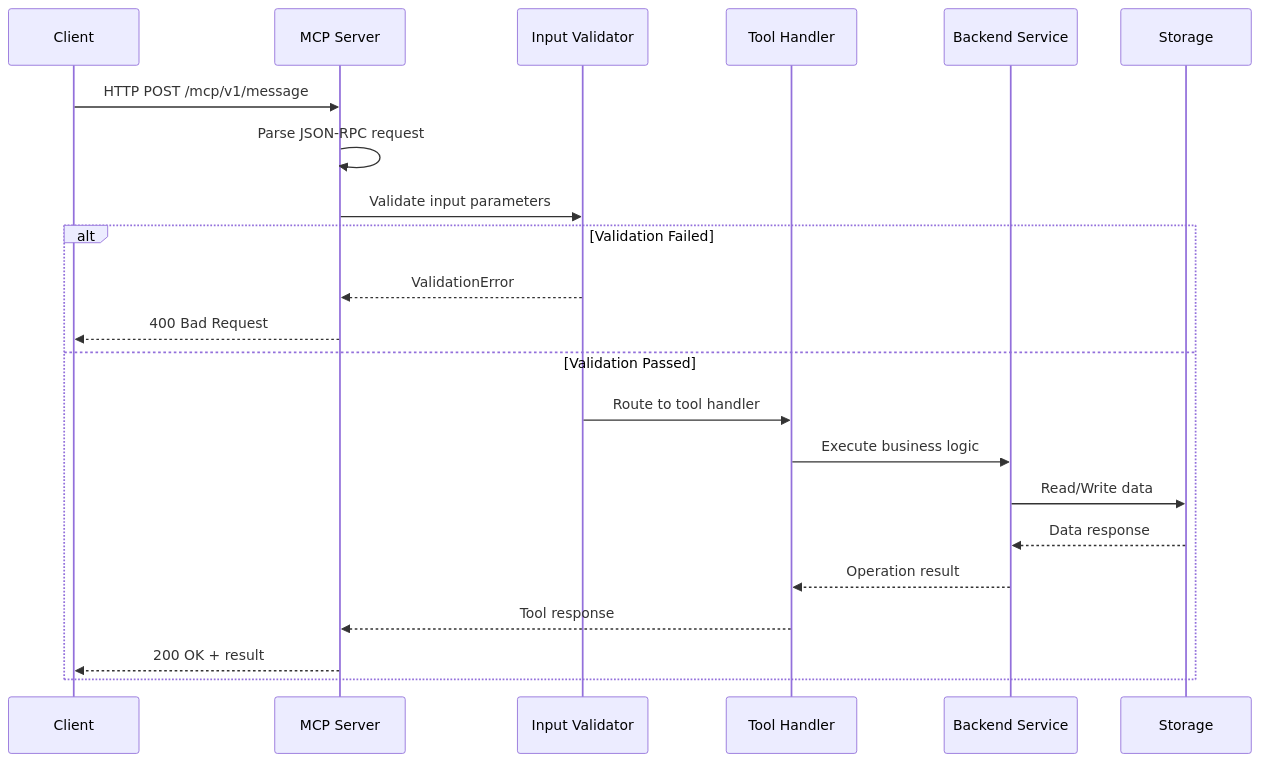
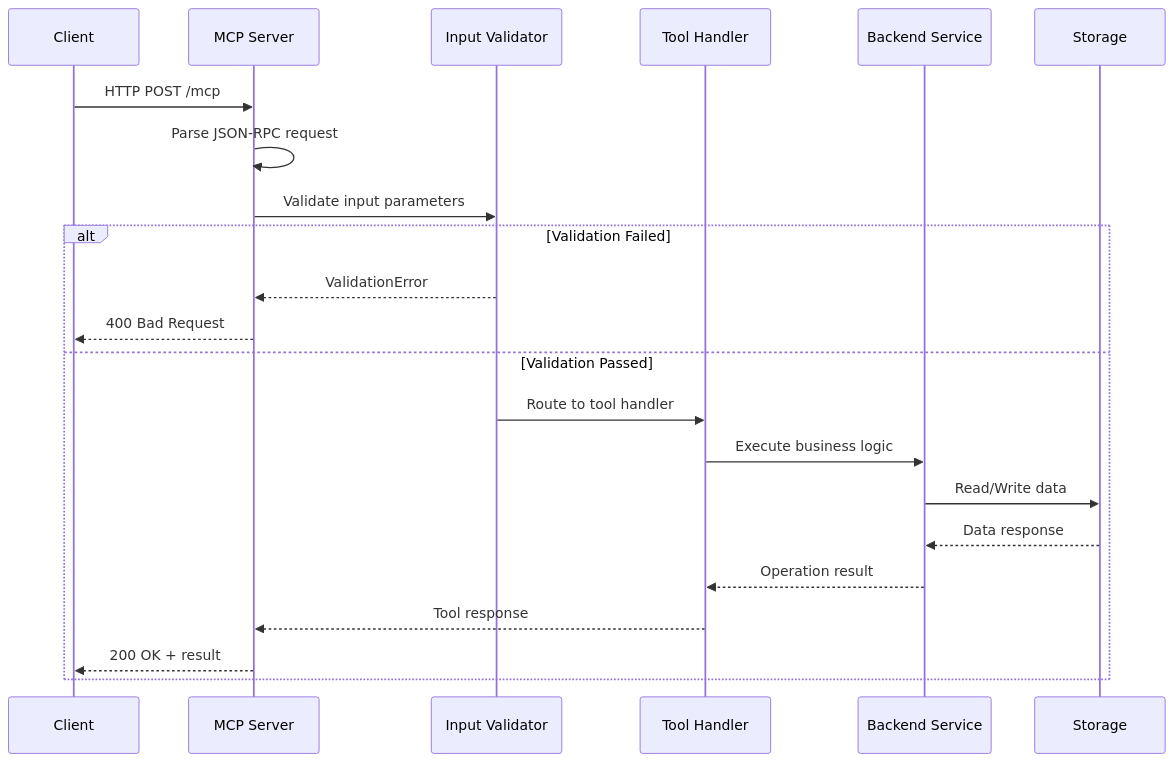
The fourth of 14 diagrams in docs/ARCHITECTURE.md (TheArchitectit/agent-guardrails-template), drawn with Mermaid before and after one commit. The commit also changed 10 other files, not shown here.

First line of the commit message:
feat: migrate MCP transport from SSE to stateless StreamableHTTP

````diff
--- a/docs/ARCHITECTURE.md
+++ b/docs/ARCHITECTURE.md
@@ -192,26 +192,26 @@
 ```mermaid
 sequenceDiagram
     participant Client as Client
     participant Server as MCP Server
     participant Validator as Input Validator
     participant Tool as Tool Handler
     participant Backend as Backend Service
     participant Storage as Storage
 
-    Client->>Server: HTTP POST /mcp/v1/message
+    Client->>Server: HTTP POST /mcp
     Server->>Server: Parse JSON-RPC request
     Server->>Validator: Validate input parameters
 
     alt Validation Failed
         Validator-->>Server: ValidationError
         Server-->>Client: 400 Bad Request
     else Validation Passed
         Validator->>Tool: Route to tool handler
         Tool->>Backend: Execute business logic
         Backend->>Storage: Read/Write data
         Storage-->>Backend: Data response
         Backend-->>Tool: Operation result
         Tool-->>Server: Tool response
         Server-->>Client: 200 OK + result
     end
 ```
````
